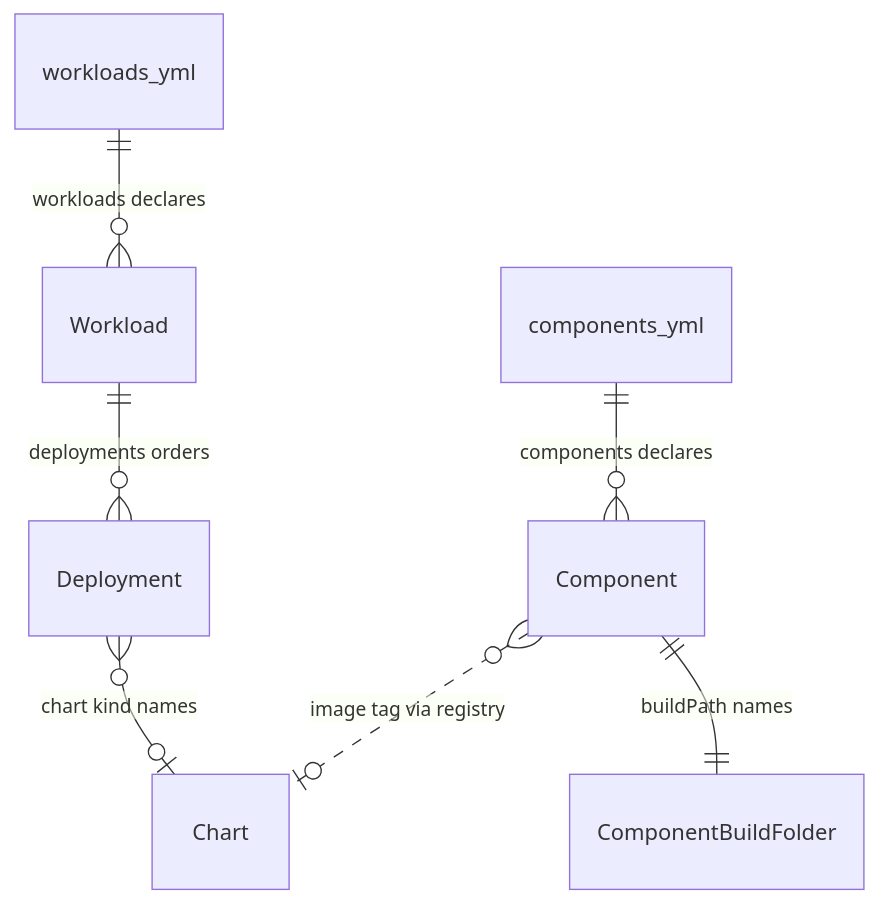
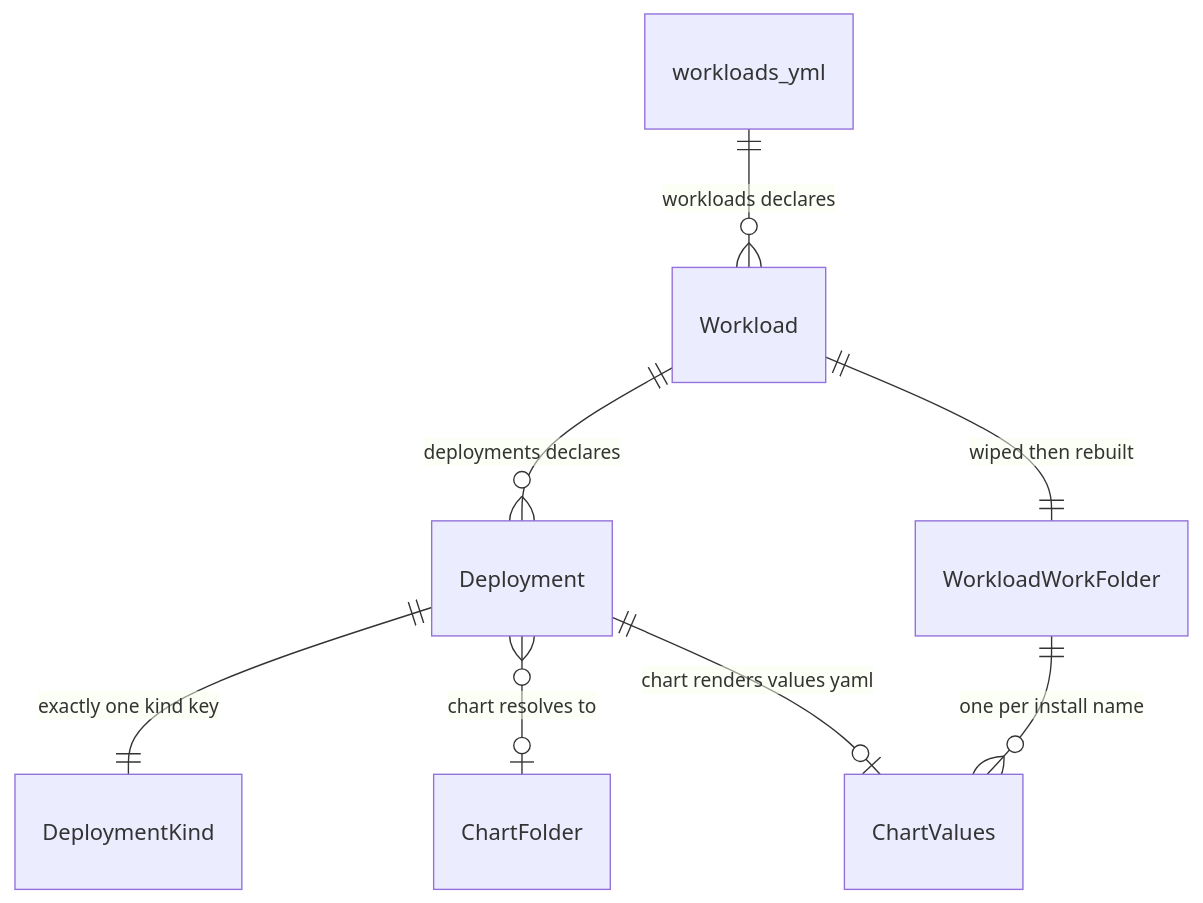
One commit to alissonsol/yuruna changed the fourth of 14 diagrams in docs/design/05-data-model.md. Above: the diagram before and after it, drawn with Mermaid. The commit also changed other lines of this file and 752 other files, not shown here.

````diff
--- a/docs/design/05-data-model.md
+++ b/docs/design/05-data-model.md
@@ -139,9 +253,10 @@
 ```mermaid
 erDiagram
-    components_yml ||--o{ Component : "components declares"
-    Component ||--|| ComponentBuildFolder : "buildPath names"
     workloads_yml ||--o{ Workload : "workloads declares"
-    Workload ||--o{ Deployment : "deployments orders"
-    Deployment }o--o| Chart : "chart kind names"
-    Component }o..o| Chart : "image tag via registry"
+    Workload ||--o{ Deployment : "deployments declares"
+    Workload ||--|| WorkloadWorkFolder : "wiped then rebuilt"
+    Deployment ||--|| DeploymentKind : "exactly one kind key"
+    Deployment }o--o| ChartFolder : "chart resolves to"
+    Deployment ||--o| ChartValues : "chart renders values yaml"
+    WorkloadWorkFolder ||--o{ ChartValues : "one per install name"
 ```
````
